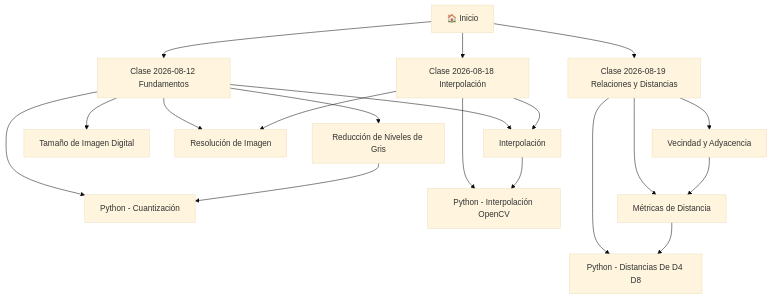
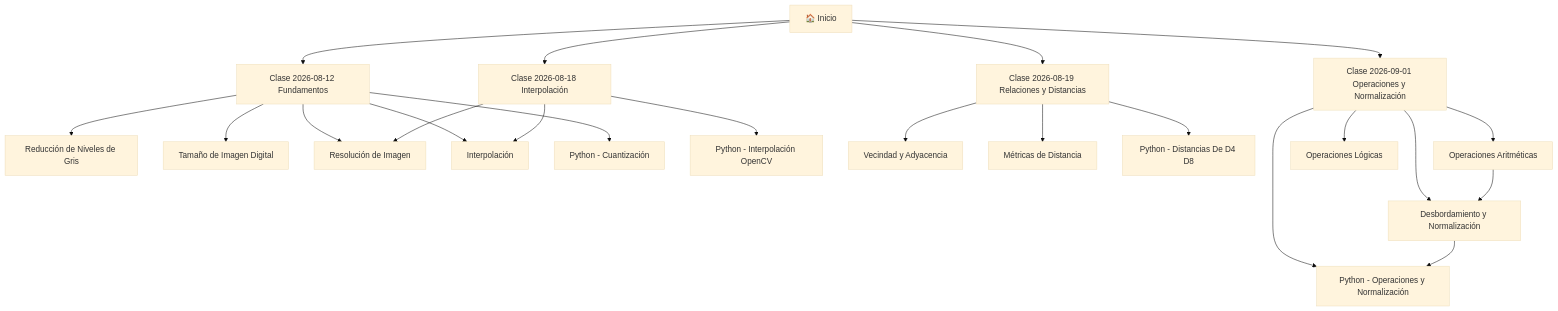
One commit to kriv-bit/Apuntes-Vision-Artificial changed the diagram in Inicio.md. Above: the diagram before and after it, drawn with Mermaid (base theme). The commit also changed other lines of this file and 7 other files, not shown here.

Commit message:
Agregar clase 4 y conceptos de operaciones

````diff
--- a/Inicio.md
+++ b/Inicio.md
@@ -41,25 +46,29 @@
 ```mermaid
 graph TD
     Inicio[🏠 Inicio] --> C1[Clase 2026-08-12 Fundamentos]
     Inicio --> C2[Clase 2026-08-18 Interpolación]
     Inicio --> C3[Clase 2026-08-19 Relaciones y Distancias]
+    Inicio --> C4[Clase 2026-09-01 Operaciones y Normalización]
     
     C1 --> N1[Reducción de Niveles de Gris]
     C1 --> N2[Tamaño de Imagen Digital]
     C1 --> N3[Resolución de Imagen]
     C1 --> N4[Interpolación]
     C1 --> P1[Python - Cuantización]
     
     C2 --> N4
     C2 --> N3
     C2 --> P2[Python - Interpolación OpenCV]
     
     C3 --> N5[Vecindad y Adyacencia]
     C3 --> N6[Métricas de Distancia]
     C3 --> P3[Python - Distancias De D4 D8]
     
-    N1 --> P1
-    N4 --> P2
-    N5 --> N6
-    N6 --> P3
+    C4 --> N7[Operaciones Aritméticas]
+    C4 --> N8[Desbordamiento y Normalización]
+    C4 --> N9[Operaciones Lógicas]
+    C4 --> P4[Python - Operaciones y Normalización]
+    
+    N7 --> N8
+    N8 --> P4
 ```
````
